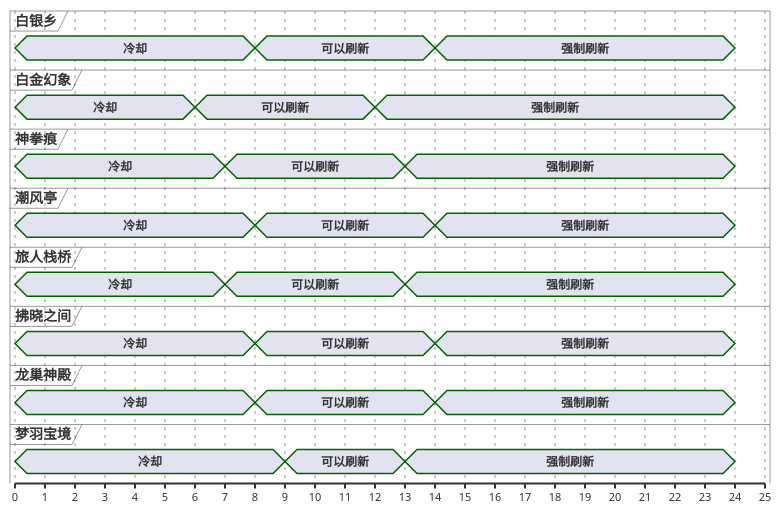
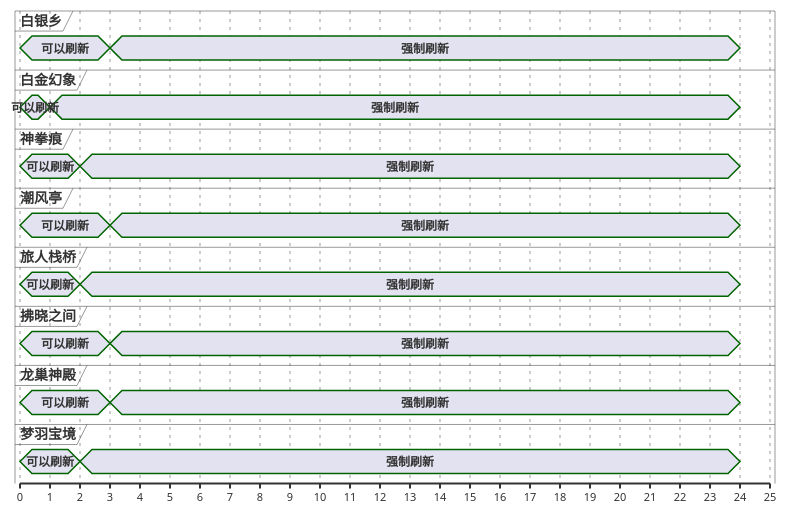
The second of 13 diagrams in ffxiv/hunt/2.0/Minhocao.md (Eroleice/doc-pi), drawn with PlantUML before and after one commit. The commit also changed other lines of this file and 38 other files, not shown here.

````diff
--- a/ffxiv/hunt/2.0/Minhocao.md
+++ b/ffxiv/hunt/2.0/Minhocao.md
@@ -99,63 +87,55 @@
 ```plantuml
 @startuml
 scale 1 as 30 pixels
 
 concise 白银乡
 concise 白金幻象
 concise 神拳痕
 concise 潮风亭
 concise 旅人栈桥
 concise 拂晓之间
 concise 龙巢神殿
 concise 梦羽宝境
 
 @白金幻象
-0 is 冷却
-6 is 可以刷新
-12 is 强制刷新
+0 is 可以刷新
+1 is 强制刷新
 24 is {hidden}
 
 @旅人栈桥
-0 is 冷却
-7 is 可以刷新
-13 is 强制刷新
+0 is 可以刷新
+2 is 强制刷新
 24 is {hidden}
 
 @神拳痕
-0 is 冷却
-7 is 可以刷新
-13 is 强制刷新
+0 is 可以刷新
+2 is 强制刷新
 24 is {hidden}
 
 @梦羽宝境
-0 is 冷却
-9 is 可以刷新
-13 is 强制刷新
+0 is 可以刷新
+2 is 强制刷新
 24 is {hidden}
 
 @拂晓之间
-0 is 冷却
-8 is 可以刷新
-14 is 强制刷新
+0 is 可以刷新
+3 is 强制刷新
 24 is {hidden}
 
 @白银乡
-0 is 冷却
-8 is 可以刷新
-14 is 强制刷新
+0 is 可以刷新
+3 is 强制刷新
 24 is {hidden}
 
 @潮风亭
-0 is 冷却
-8 is 可以刷新
-14 is 强制刷新
+0 is 可以刷新
+3 is 强制刷新
 24 is {hidden}
 
 @龙巢神殿
-0 is 冷却
-8 is 可以刷新
-14 is 强制刷新
+0 is 可以刷新
+3 is 强制刷新
 24 is {hidden}
 
 @enduml
 ```
````
